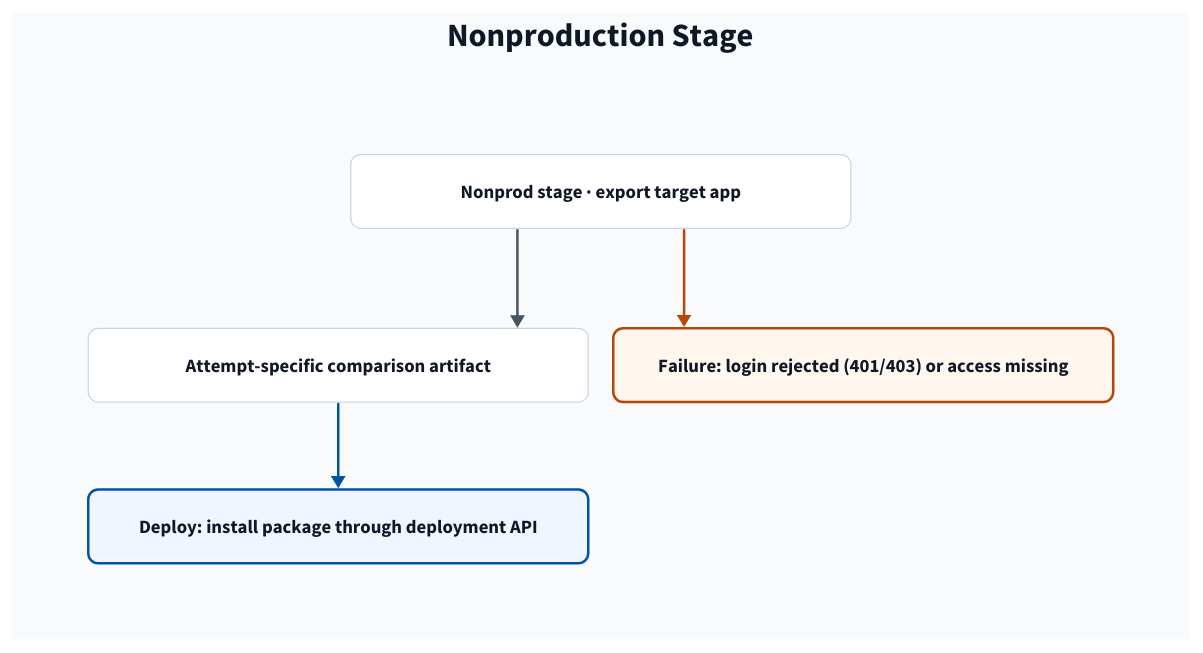
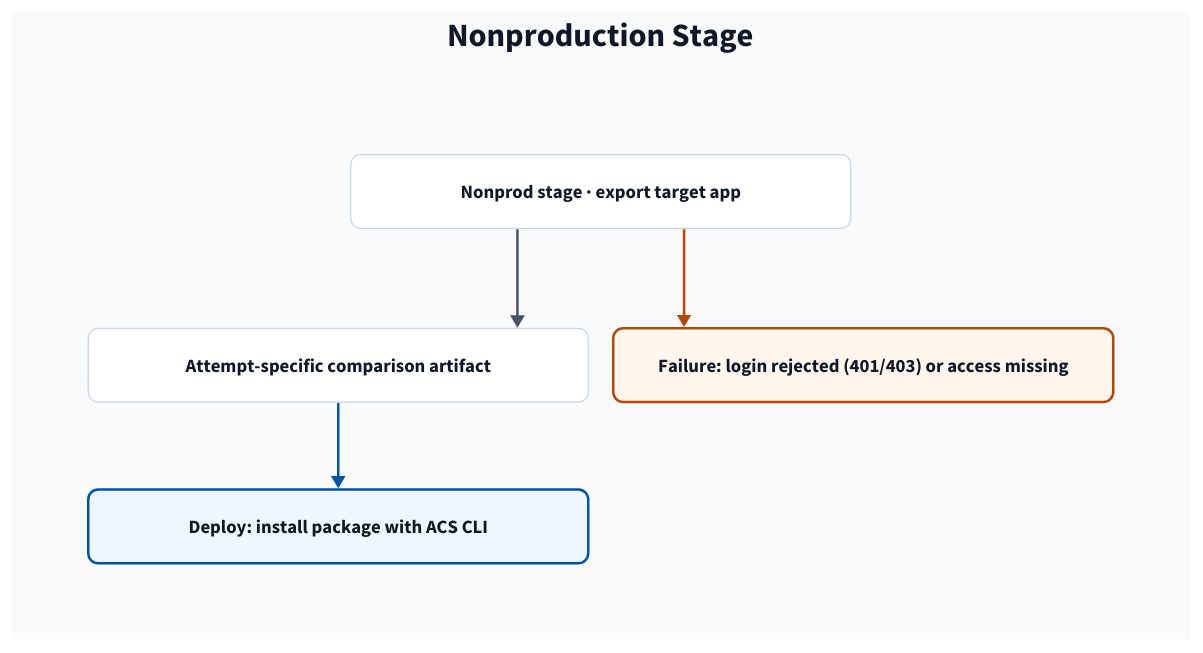
The diagram in wiki/diagrams/nonprod-stage.d2 (dryvist/azure-pipelines-splunk-apps), drawn with D2 before and after one commit. The commit also changed 79 other files, not shown here.

```diff
--- a/wiki/diagrams/nonprod-stage.d2
+++ b/wiki/diagrams/nonprod-stage.d2
@@ -1,84 +1,84 @@
 vars: {
   canvas: "#F8FAFC"
   surface: "#FFFFFF"
   boundary-surface: "#F1F5F9"
   text: "#101828"
   muted: "#475467"
   border: "#CBD5E1"
   accent: "#0054A3"
   accent-surface: "#EFF6FF"
   warm: "#B54708"
   warm-surface: "#FFF7ED"
   d2-config: {theme-id: 0; layout-engine: elk; pad: 32; sketch: false}
 }
 style.fill: ${canvas}
 
 classes: {
   title: {shape: text; style: {font-color: ${text}; font-size: 26; bold: true}}
   subtitle: {shape: text; style: {font-color: ${muted}; font-size: 15}}
   columns: {style: {fill: transparent; stroke: transparent}}
   boundary: {
     style: {
       fill: ${boundary-surface}
       stroke: ${border}
       font-color: ${text}
       font-size: 20
       stroke-width: 1
       border-radius: 8
     }
   }
   group: {
     style: {
       fill: ${surface}
       stroke: ${border}
       font-color: ${muted}
       font-size: 16
       stroke-width: 1
       border-radius: 8
     }
   }
   card: {
     width: 250
     style: {
       fill: ${surface}
       stroke: ${border}
       font-color: ${text}
       font-size: 15
       stroke-width: 1
       border-radius: 8
     }
   }
   card-2: {width: 505}
   card-3: {width: 330}
   emphasis: {style: {fill: ${accent-surface}; stroke: ${accent}; stroke-width: 2}}
   exception: {style: {fill: ${warm-surface}; stroke: ${warm}; stroke-width: 2}}
   ghost: {style: {fill: transparent; stroke: ${muted}; stroke-dash: 5; font-color: ${muted}}}
   caption: {shape: text; style: {font-color: ${muted}; font-size: 15}}
   link: {style: {stroke: ${muted}; stroke-width: 2; font-color: ${muted}; font-size: 14}}
   link-emphasis: {style: {stroke: ${accent}; stroke-width: 2; font-color: ${muted}; font-size: 14}}
   link-exception: {style: {stroke: ${warm}; stroke-width: 2; font-color: ${muted}; font-size: 14}}
   link-planned: {style: {stroke: ${muted}; stroke-width: 2; stroke-dash: 5; font-color: ${muted}; font-size: 14}}
 }
 
 
 title: "Nonproduction Stage" {class: title; near: top-center}
 
 page: "" {
   class: columns
   grid-columns: 1
   grid-gap: 10
 
 
 
   stages: "" {
     class: columns
     direction: down
     export: "Nonprod stage · export target app" {class: card; width: 400}
     diff: "Attempt-specific comparison artifact" {class: card; width: 400}
-    deploy: "Deploy: install package through deployment API" {class: [card; emphasis]; width: 400}
+    deploy: "Deploy: install package with ACS CLI" {class: [card; emphasis]; width: 400}
     failure: "Failure: login rejected (401/403) or access missing" {class: [card; exception]; width: 400}
     export -> diff: {class: link}
     diff -> deploy: {class: link-emphasis}
     export -> failure: {class: link-exception}
   }
 }
```
